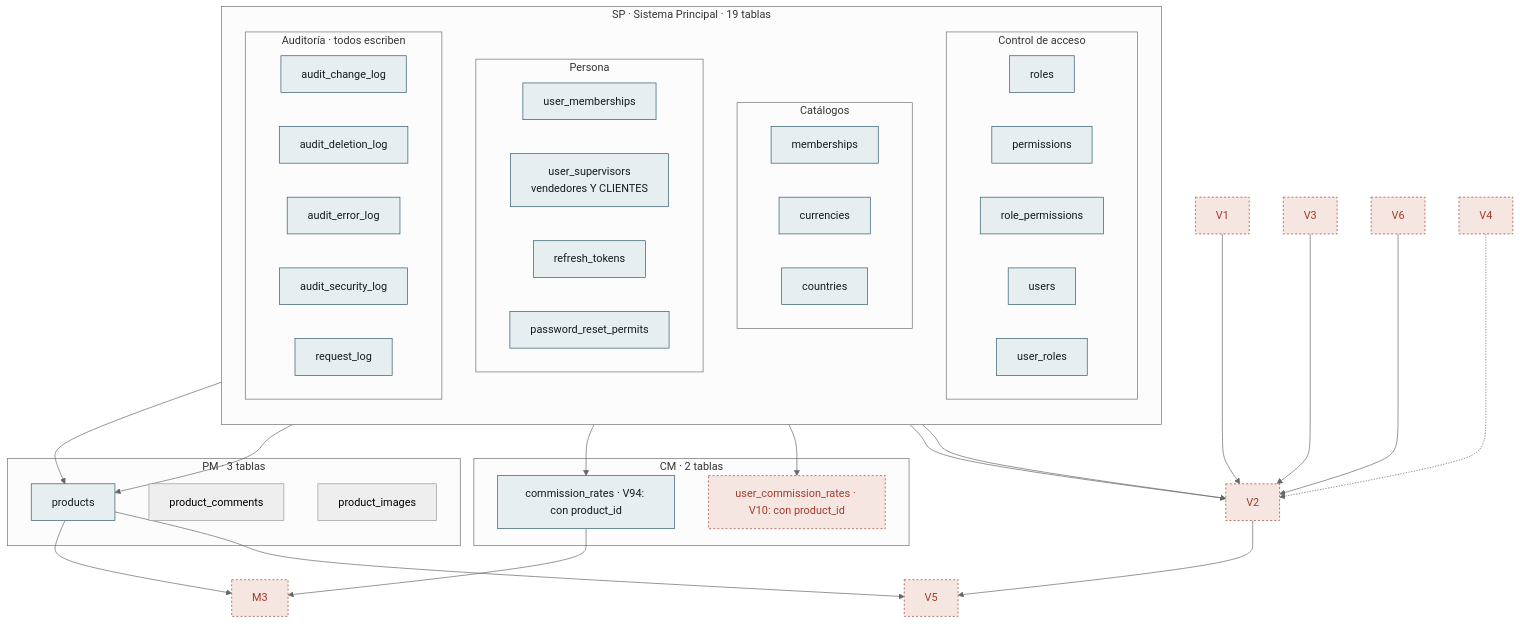
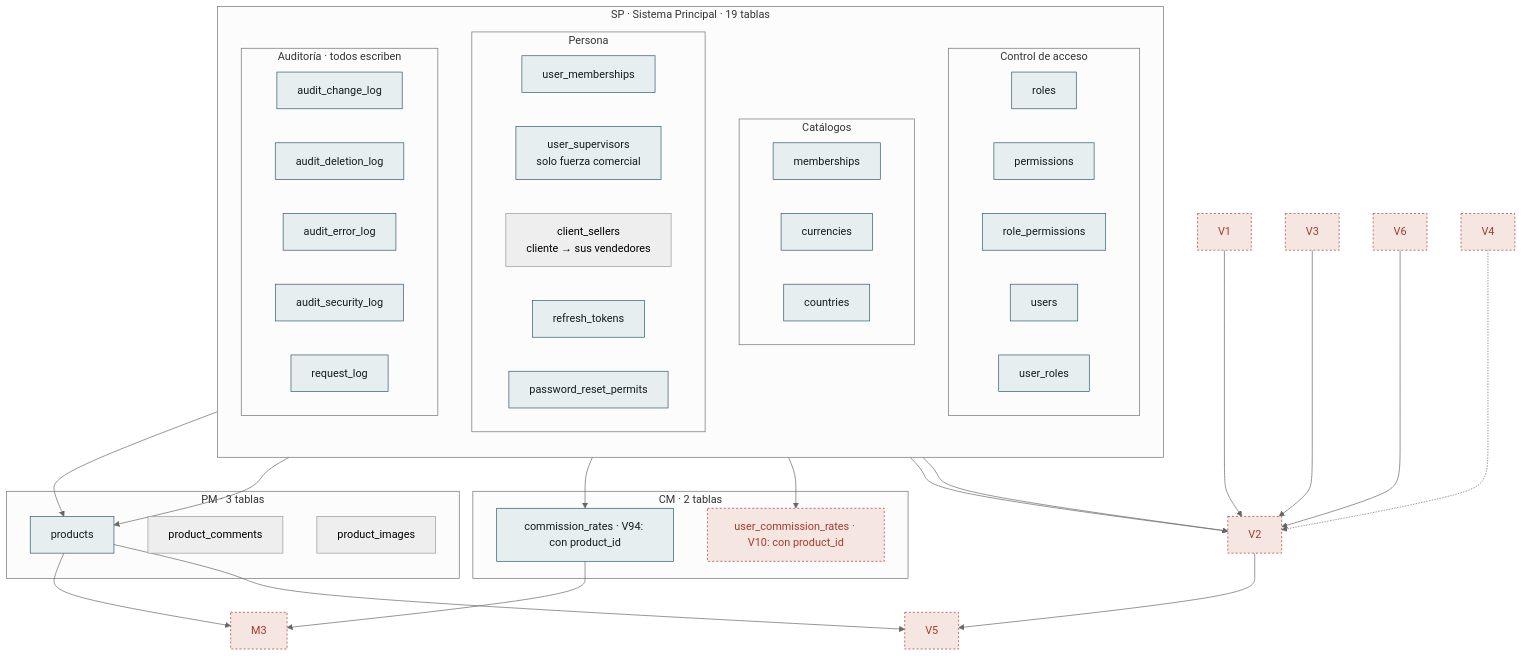
The sixth of 6 diagrams in docs/modelo-datos.md (NexusPro-Dev/backend), drawn with Mermaid (neutral theme) before and after one commit. The commit also changed other lines of this file and 4 other files, not shown here.

````diff
--- a/docs/modelo-datos.md
+++ b/docs/modelo-datos.md
@@ -750,68 +750,69 @@
 ```mermaid
 flowchart TB
     subgraph SP["SP · Sistema Principal · 19 tablas"]
         direction TB
         subgraph ACC["Control de acceso"]
             direction LR
             A1["roles"]
             A2["permissions"]
             A3["role_permissions"]
             C1["users"]
             C2["user_roles"]
         end
         subgraph CAT["Catálogos"]
             direction LR
             A4["memberships"]
             A5["currencies"]
             A6["countries"]
         end
         subgraph PER["Persona"]
             direction LR
             C6["user_memberships"]
-            C4["user_supervisors<br/>vendedores Y CLIENTES"]
+            C4["user_supervisors<br/>solo fuerza comercial"]
+            C7["client_sellers<br/>cliente → sus vendedores"]
             C3["refresh_tokens"]
             C5["password_reset_permits"]
         end
         subgraph AUD["Auditoría · todos escriben"]
             direction LR
             B1["audit_change_log"]
             B2["audit_deletion_log"]
             B3["audit_error_log"]
             B4["audit_security_log"]
             OBS["request_log"]
         end
     end
 
     subgraph PM["PM · 3 tablas"]
         P1["products"]
         P2["product_comments"]
         P3["product_images"]
     end
 
     subgraph CM["CM · 2 tablas"]
         M1["commission_rates · V94: con product_id"]
         M2["user_commission_rates · V10: con product_id"]
     end
 
 
     A4 --> P1
     A5 --> P1
     A1 --> M1
     M1 --> M3
     P1 --> M3
     C1 --> M2
     V2 --> V5
     P1 --> V5
     C1 --> V2
     A5 --> V2
     V1 --> V2
     V3 --> V2
     V6 --> V2
     V4 -.-> V2
 
     classDef escrita fill:#e7eef0,stroke:#2d5a6b,color:#151b1e
     classDef disenada fill:#f6e6e2,stroke:#a33b2a,stroke-dasharray:3 3,color:#a33b2a
     class A1,A2,A3,A4,A5,A6,B1,B2,B3,B4,C1,C2,C3,C4,C5,C6,OBS,P1,M1 escrita
     class M2,M3 disenada
     class V1,V2,V3,V4,V5,V6 disenada
 ```
````
